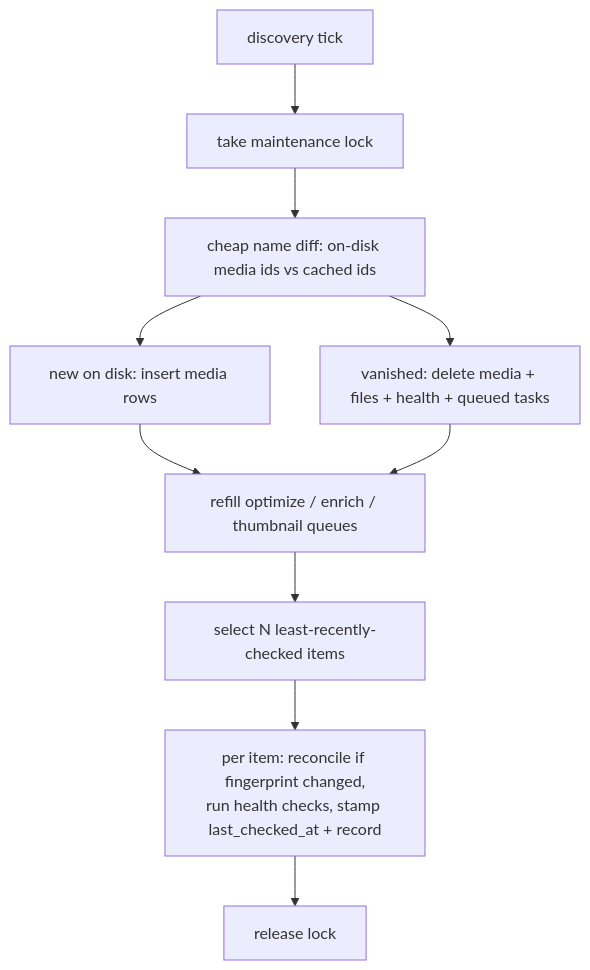
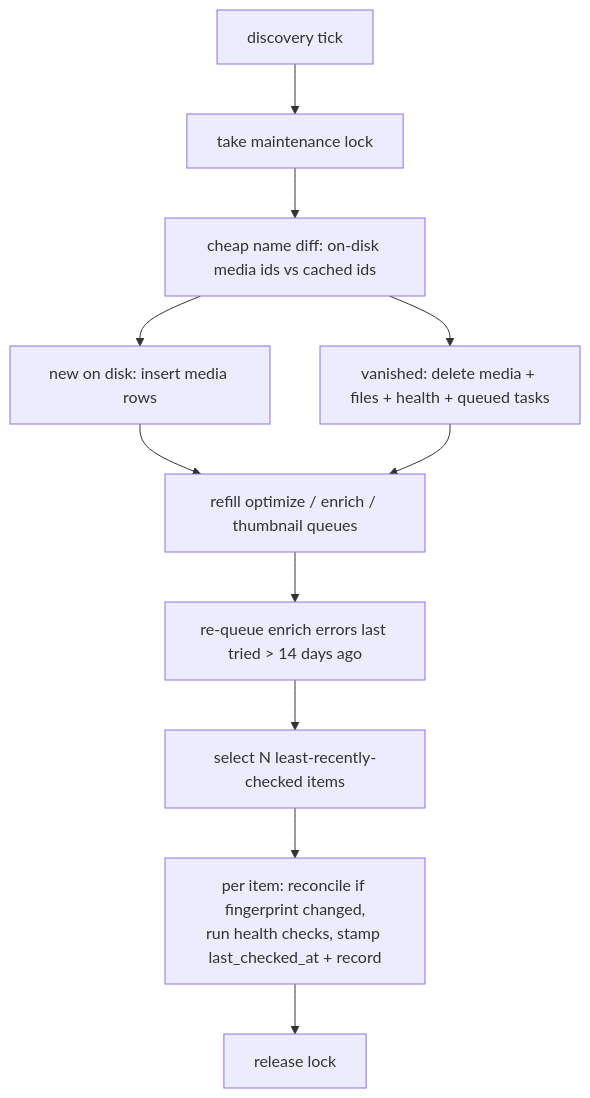
Before and after one commit to xuedi/FileFin: the diagram in docs/agents/discovery.md, drawn with Mermaid. The commit also changed other lines of this file and 10 other files, not shown here.

````diff
--- a/docs/agents/discovery.md
+++ b/docs/agents/discovery.md
@@ -45,12 +51,13 @@
 ```mermaid
 flowchart TD
     TICK[discovery tick] --> LOCK[take maintenance lock]
     LOCK --> DIFF[cheap name diff: on-disk media ids vs cached ids]
     DIFF --> ADD[new on disk: insert media rows]
     DIFF --> DEL[vanished: delete media + files + health + queued tasks]
     ADD --> REFILL[refill optimize / enrich / thumbnail queues]
     DEL --> REFILL
-    REFILL --> ROLL[select N least-recently-checked items]
+    REFILL --> RETRY[re-queue enrich errors last tried > 14 days ago]
+    RETRY --> ROLL[select N least-recently-checked items]
     ROLL --> ITEM[per item: reconcile if fingerprint changed,\nrun health checks, stamp last_checked_at + record]
     ITEM --> UNLOCK[release lock]
 ```
````
